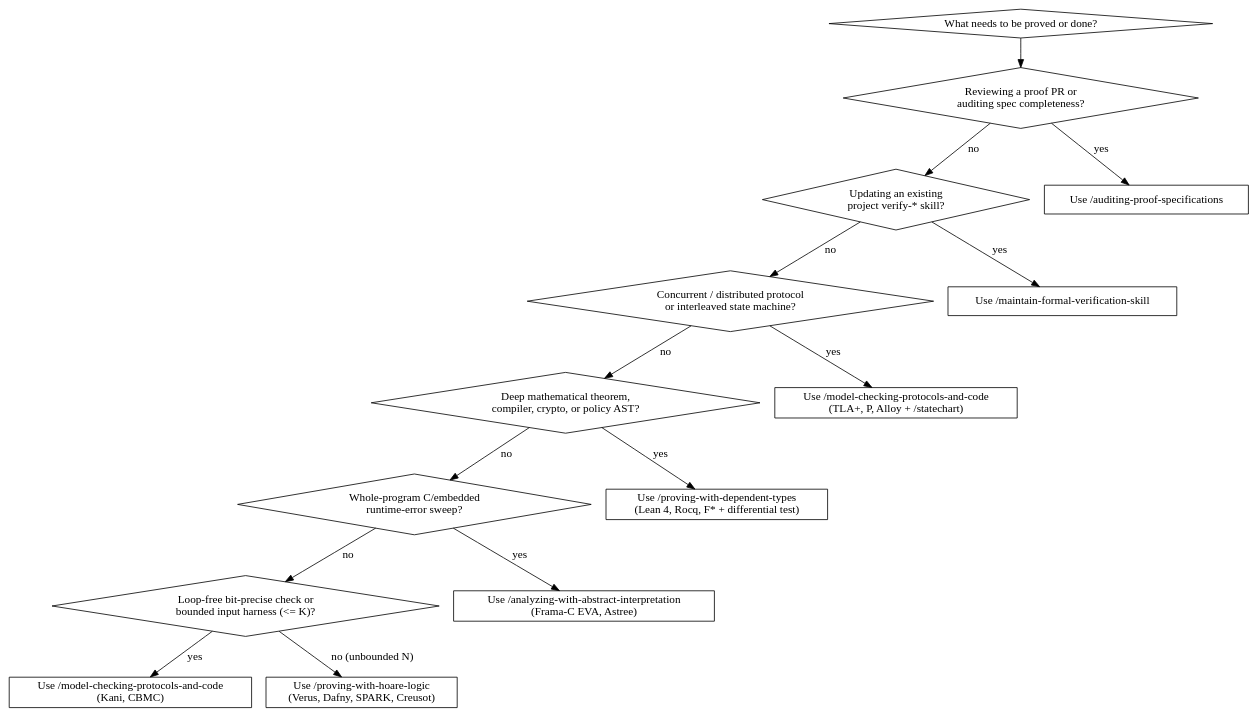
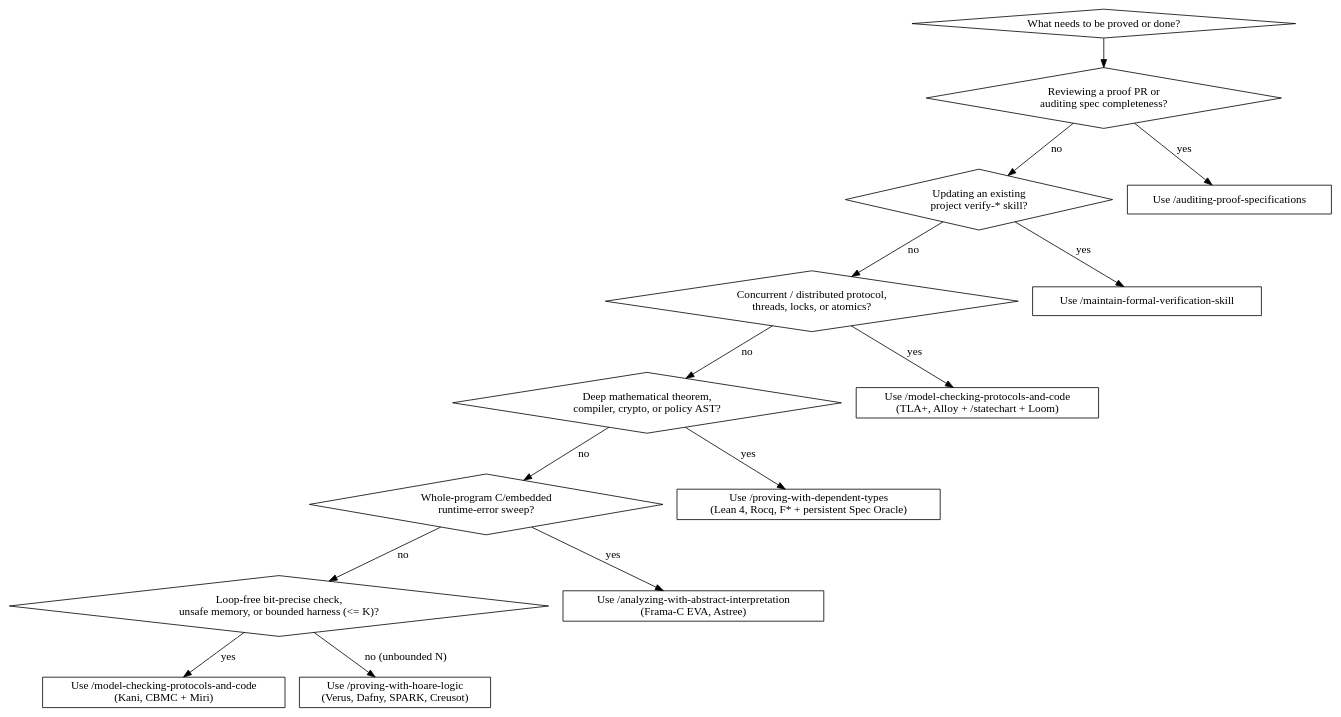
The diagram in skills/proof-driven-development/SKILL.md (PhillipChaffee/.agents), drawn with Graphviz before and after one commit. The commit also changed other lines of this file and 4 other files, not shown here.

````diff
--- a/skills/proof-driven-development/SKILL.md
+++ b/skills/proof-driven-development/SKILL.md
@@ -38,33 +38,33 @@
 ```dot
 digraph proof_orchestrator {
     "What needs to be proved or done?" [shape=diamond];
     "Reviewing a proof PR or\nauditing spec completeness?" [shape=diamond];
     "Updating an existing\nproject verify-* skill?" [shape=diamond];
-    "Concurrent / distributed protocol\nor interleaved state machine?" [shape=diamond];
+    "Concurrent / distributed protocol,\nthreads, locks, or atomics?" [shape=diamond];
     "Deep mathematical theorem,\ncompiler, crypto, or policy AST?" [shape=diamond];
     "Whole-program C/embedded\nruntime-error sweep?" [shape=diamond];
-    "Loop-free bit-precise check or\nbounded input harness (<= K)?" [shape=diamond];
+    "Loop-free bit-precise check,\nunsafe memory, or bounded harness (<= K)?" [shape=diamond];
 
     "Use /auditing-proof-specifications" [shape=box];
     "Use /maintain-formal-verification-skill" [shape=box];
-    "Use /model-checking-protocols-and-code\n(TLA+, P, Alloy + /statechart)" [shape=box];
-    "Use /proving-with-dependent-types\n(Lean 4, Rocq, F* + differential test)" [shape=box];
+    "Use /model-checking-protocols-and-code\n(TLA+, Alloy + /statechart + Loom)" [shape=box];
+    "Use /proving-with-dependent-types\n(Lean 4, Rocq, F* + persistent Spec Oracle)" [shape=box];
     "Use /analyzing-with-abstract-interpretation\n(Frama-C EVA, Astree)" [shape=box];
-    "Use /model-checking-protocols-and-code\n(Kani, CBMC)" [shape=box];
+    "Use /model-checking-protocols-and-code\n(Kani, CBMC + Miri)" [shape=box];
     "Use /proving-with-hoare-logic\n(Verus, Dafny, SPARK, Creusot)" [shape=box];
 
     "What needs to be proved or done?" -> "Reviewing a proof PR or\nauditing spec completeness?";
     "Reviewing a proof PR or\nauditing spec completeness?" -> "Use /auditing-proof-specifications" [label="yes"];
     "Reviewing a proof PR or\nauditing spec completeness?" -> "Updating an existing\nproject verify-* skill?" [label="no"];
     "Updating an existing\nproject verify-* skill?" -> "Use /maintain-formal-verification-skill" [label="yes"];
-    "Updating an existing\nproject verify-* skill?" -> "Concurrent / distributed protocol\nor interleaved state machine?" [label="no"];
-    "Concurrent / distributed protocol\nor interleaved state machine?" -> "Use /model-checking-protocols-and-code\n(TLA+, P, Alloy + /statechart)" [label="yes"];
-    "Concurrent / distributed protocol\nor interleaved state machine?" -> "Deep mathematical theorem,\ncompiler, crypto, or policy AST?" [label="no"];
-    "Deep mathematical theorem,\ncompiler, crypto, or policy AST?" -> "Use /proving-with-dependent-types\n(Lean 4, Rocq, F* + differential test)" [label="yes"];
+    "Updating an existing\nproject verify-* skill?" -> "Concurrent / distributed protocol,\nthreads, locks, or atomics?" [label="no"];
+    "Concurrent / distributed protocol,\nthreads, locks, or atomics?" -> "Use /model-checking-protocols-and-code\n(TLA+, Alloy + /statechart + Loom)" [label="yes"];
+    "Concurrent / distributed protocol,\nthreads, locks, or atomics?" -> "Deep mathematical theorem,\ncompiler, crypto, or policy AST?" [label="no"];
+    "Deep mathematical theorem,\ncompiler, crypto, or policy AST?" -> "Use /proving-with-dependent-types\n(Lean 4, Rocq, F* + persistent Spec Oracle)" [label="yes"];
     "Deep mathematical theorem,\ncompiler, crypto, or policy AST?" -> "Whole-program C/embedded\nruntime-error sweep?" [label="no"];
     "Whole-program C/embedded\nruntime-error sweep?" -> "Use /analyzing-with-abstract-interpretation\n(Frama-C EVA, Astree)" [label="yes"];
-    "Whole-program C/embedded\nruntime-error sweep?" -> "Loop-free bit-precise check or\nbounded input harness (<= K)?" [label="no"];
-    "Loop-free bit-precise check or\nbounded input harness (<= K)?" -> "Use /model-checking-protocols-and-code\n(Kani, CBMC)" [label="yes"];
-    "Loop-free bit-precise check or\nbounded input harness (<= K)?" -> "Use /proving-with-hoare-logic\n(Verus, Dafny, SPARK, Creusot)" [label="no (unbounded N)"];
+    "Whole-program C/embedded\nruntime-error sweep?" -> "Loop-free bit-precise check,\nunsafe memory, or bounded harness (<= K)?" [label="no"];
+    "Loop-free bit-precise check,\nunsafe memory, or bounded harness (<= K)?" -> "Use /model-checking-protocols-and-code\n(Kani, CBMC + Miri)" [label="yes"];
+    "Loop-free bit-precise check,\nunsafe memory, or bounded harness (<= K)?" -> "Use /proving-with-hoare-logic\n(Verus, Dafny, SPARK, Creusot)" [label="no (unbounded N)"];
 }
 ```
````
